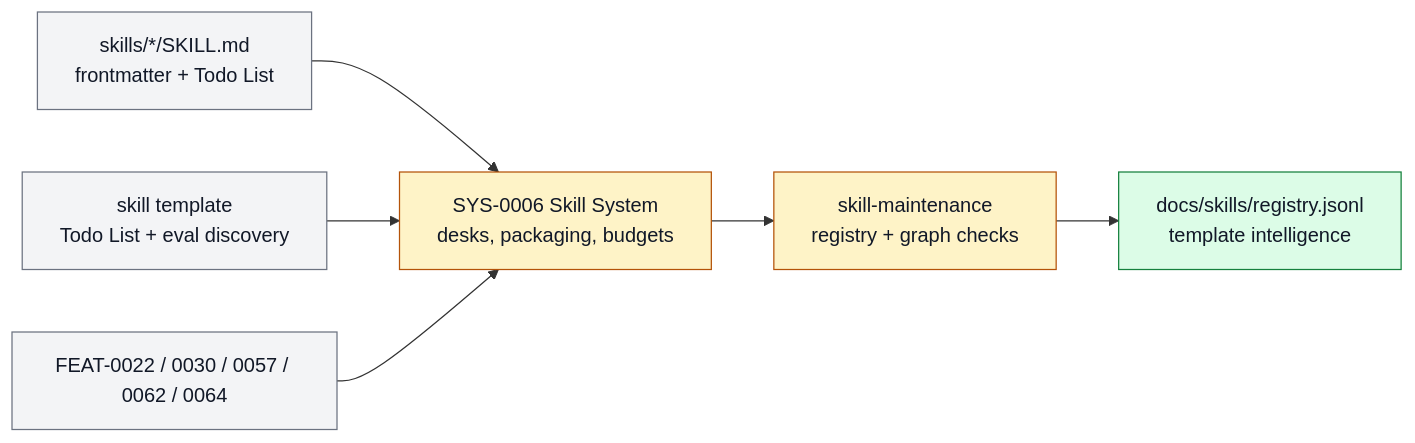
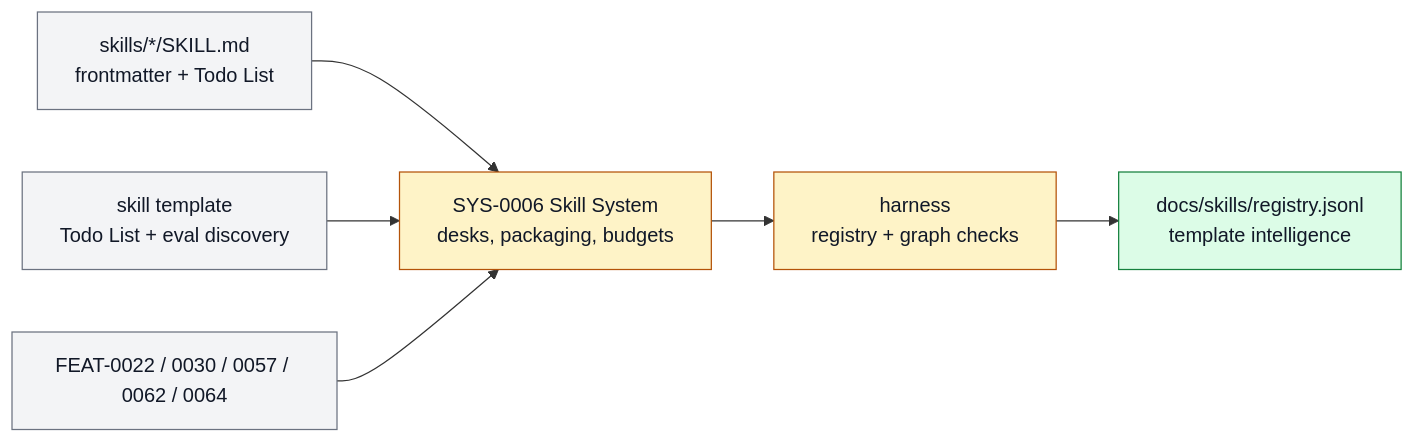
The diagram in docs/systems/skill-system.md (ZanarkandTechnologies/Farplane), drawn with Mermaid before and after one commit. The commit also changed other lines of this file and 216 other files, not shown here.

````diff
--- a/docs/systems/skill-system.md
+++ b/docs/systems/skill-system.md
@@ -101,19 +101,19 @@
 ```mermaid
 flowchart LR
   classDef keep fill:#f3f4f6,stroke:#6b7280,color:#111827
   classDef changed fill:#fef3c7,stroke:#b45309,color:#111827
   classDef added fill:#dcfce7,stroke:#15803d,color:#111827
   classDef retired fill:#fee2e2,stroke:#b91c1c,color:#7f1d1d,stroke-dasharray: 5 3
 
   skill["skills/*/SKILL.md<br/>frontmatter + Todo List"]:::keep
   templates["skill template<br/>Todo List + eval discovery"]:::keep
   system["SYS-0006 Skill System<br/>desks, packaging, budgets"]:::changed
-  maintenance["skill-maintenance<br/>registry + graph checks"]:::changed
+  maintenance["harness<br/>registry + graph checks"]:::changed
   registry["docs/skills/registry.jsonl<br/>template intelligence"]:::added
   features["FEAT-0022 / 0030 / 0057 / 0062 / 0064"]:::keep
 
   skill --> system
   templates --> system
   features --> system
   system --> maintenance --> registry
 ```
````
